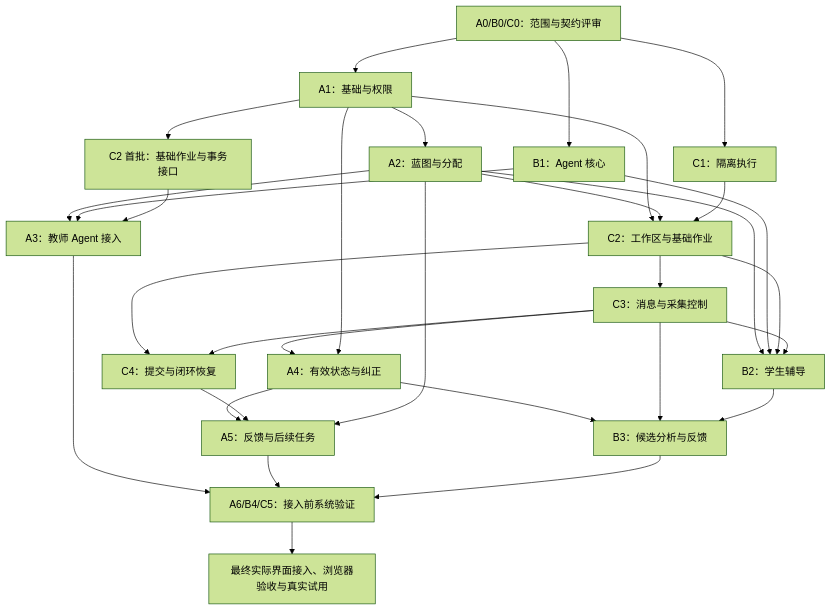
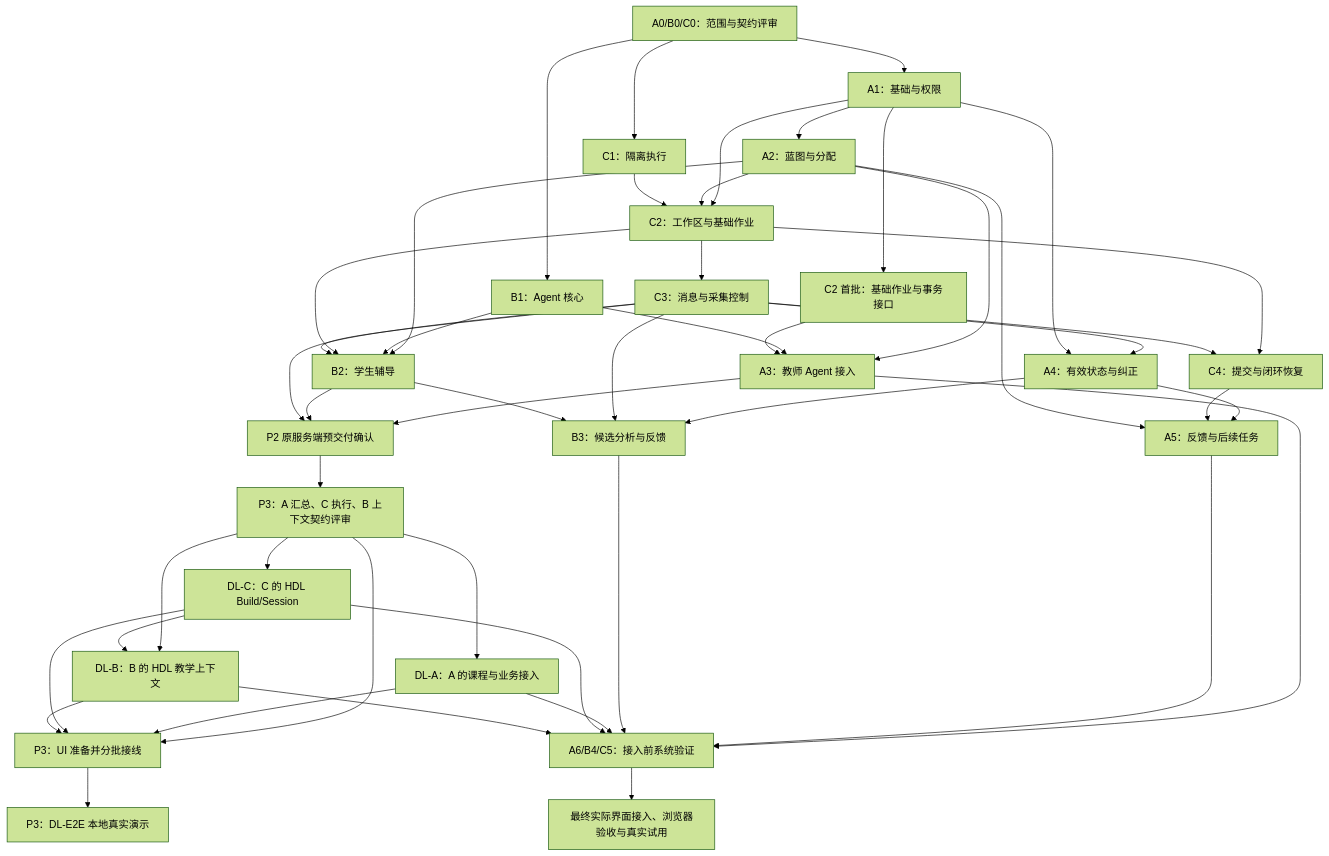
Before and after one commit to paher-din/XunJie: the diagram in docs/planning/TEAM_WORK_PLAN.md, drawn with Mermaid (forest theme). The commit also changed other lines of this file and 5 other files, not shown here.

````diff
--- a/docs/planning/TEAM_WORK_PLAN.md
+++ b/docs/planning/TEAM_WORK_PLAN.md
@@ -64,33 +66,49 @@
 ```mermaid
 flowchart TD
     G0["A0/B0/C0：范围与契约评审"] --> A1["A1：基础与权限"]
     G0 --> B1["B1：Agent 核心"]
     G0 --> C1["C1：隔离执行"]
     A1 --> A2["A2：蓝图与分配"]
     A1 --> Q["C2 首批：基础作业与事务接口"]
     A1 --> C2["C2：工作区与基础作业"]
     A2 --> C2
     C1 --> C2
     A2 --> A3["A3：教师 Agent 接入"]
     B1 --> A3
     Q --> A3
     C2 --> C3["C3：消息与采集控制"]
     A2 --> B2["B2：学生辅导"]
     B1 --> B2
     C2 --> B2
     C3 --> B2
+    A3 --> P2Ready["P2 原服务端预交付确认"]
+    B2 --> P2Ready
+    C3 --> P2Ready
+    P2Ready --> DLReview["P3：A 汇总、C 执行、B 上下文契约评审"]
+    DLReview --> DLA["DL-A：A 的课程与业务接入"]
+    DLReview --> DLC["DL-C：C 的 HDL Build/Session"]
+    DLReview --> DLB["DL-B：B 的 HDL 教学上下文"]
+    DLC --> DLB
+    DLReview --> DLUI["P3：UI 准备并分批接线"]
+    DLA --> DLUI
+    DLC --> DLUI
+    DLB --> DLUI
+    DLUI --> DLE2E["P3：DL-E2E 本地真实演示"]
     C3 --> A4["A4：有效状态与纠正"]
     A1 --> A4
     A4 --> B3["B3：候选分析与反馈"]
     C3 --> B3
     B2 --> B3
     C2 --> C4["C4：提交与闭环恢复"]
     C3 --> C4
     A4 --> A5["A5：反馈与后续任务"]
     C4 --> A5
     A2 --> A5
     A3 --> P4["A6/B4/C5：接入前系统验证"]
     A5 --> P4
     B3 --> P4
+    DLA --> P4
+    DLC --> P4
+    DLB --> P4
     P4 --> I["最终实际界面接入、浏览器验收与真实试用"]
 ```
````
